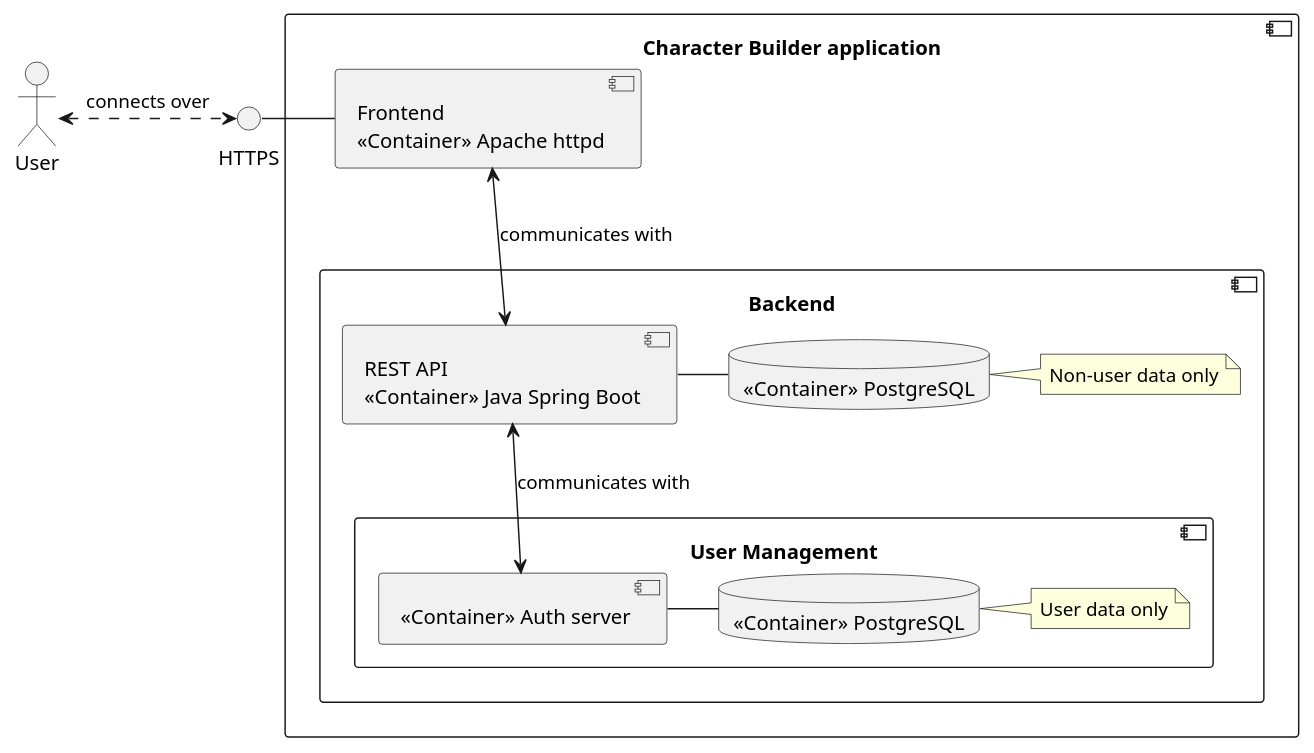
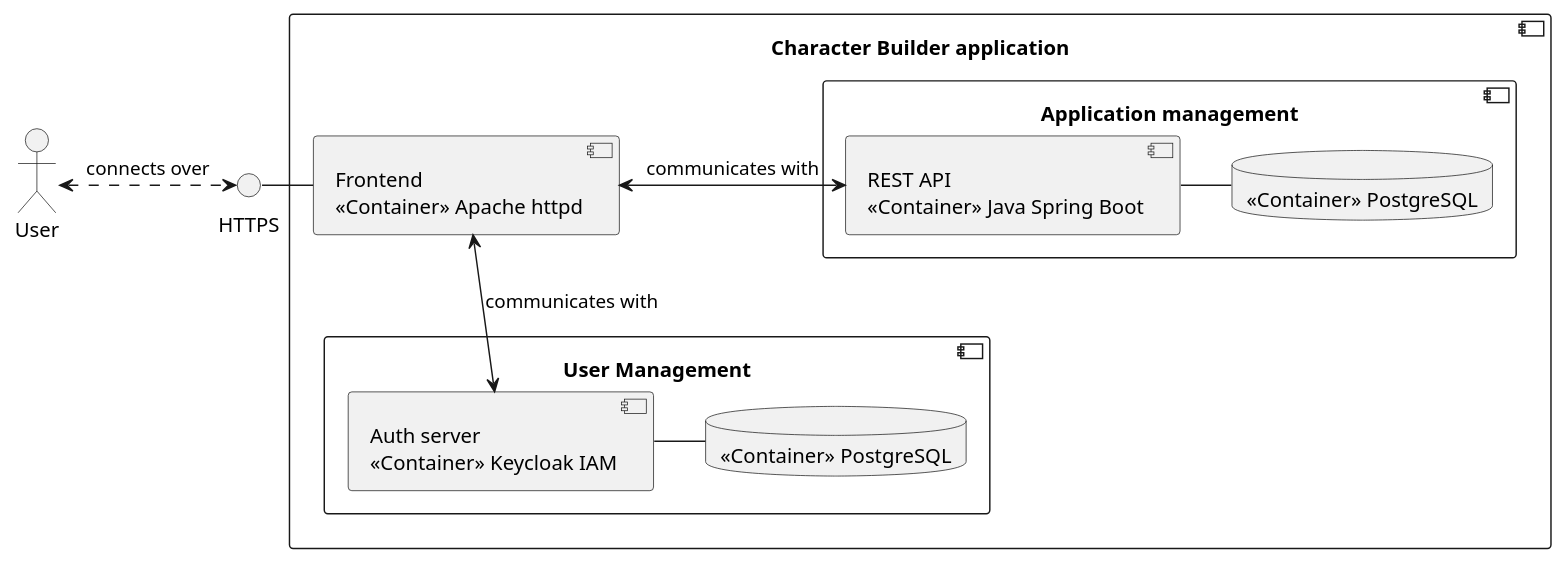
Before and after one commit to speier-v/CharacterBuilder: the diagram in docs/component_diagram.puml, drawn with PlantUML.

Commit message:
chore(docs): updated component diagram

```diff
--- a/docs/component_diagram.puml
+++ b/docs/component_diagram.puml
@@ -1,31 +1,27 @@
 @startuml
 actor User as User
 interface HTTPS as Interface_HTTPS
 User <.> Interface_HTTPS: connects over
 
 component "Character Builder application" {
+
 [Frontend\n<<Container>> Apache httpd] as Frontend
 
-component "Backend" {
-  [REST API\n<<Container>> Java Spring Boot] as SpringBootBackend
+component "Application management"{
+[REST API\n<<Container>> Java Spring Boot] as SpringBootBackend
   Database "<<Container>> PostgreSQL" as NonUserDataDb
-  note right of NonUserDataDb
-    Non-user data only
-  end note
-  component "User Management" {
+}
+
+component "User Management" {
     Database "<<Container>> PostgreSQL" as UserDataDb
-    [<<Container>> Auth server] as AuthServer
-    note right of UserDataDb
-      User data only
-    end note
-  }
+    [Auth server\n<<Container>> Keycloak IAM] as AuthServer
 }
 
 Interface_HTTPS - Frontend
-Frontend <--> SpringBootBackend: communicates with
+Frontend <-> SpringBootBackend: communicates with
+Frontend <--> AuthServer: communicates with
 SpringBootBackend - NonUserDataDb
-SpringBootBackend <--> AuthServer: communicates with
 AuthServer - UserDataDb
 
 }
 @enduml
```
